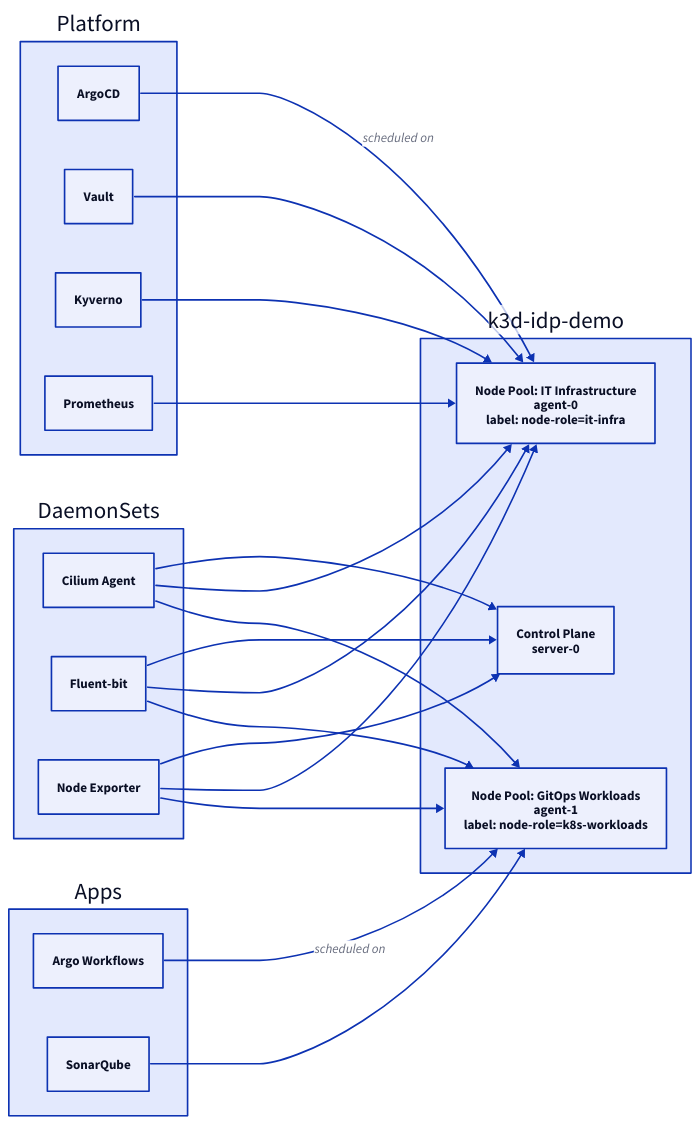
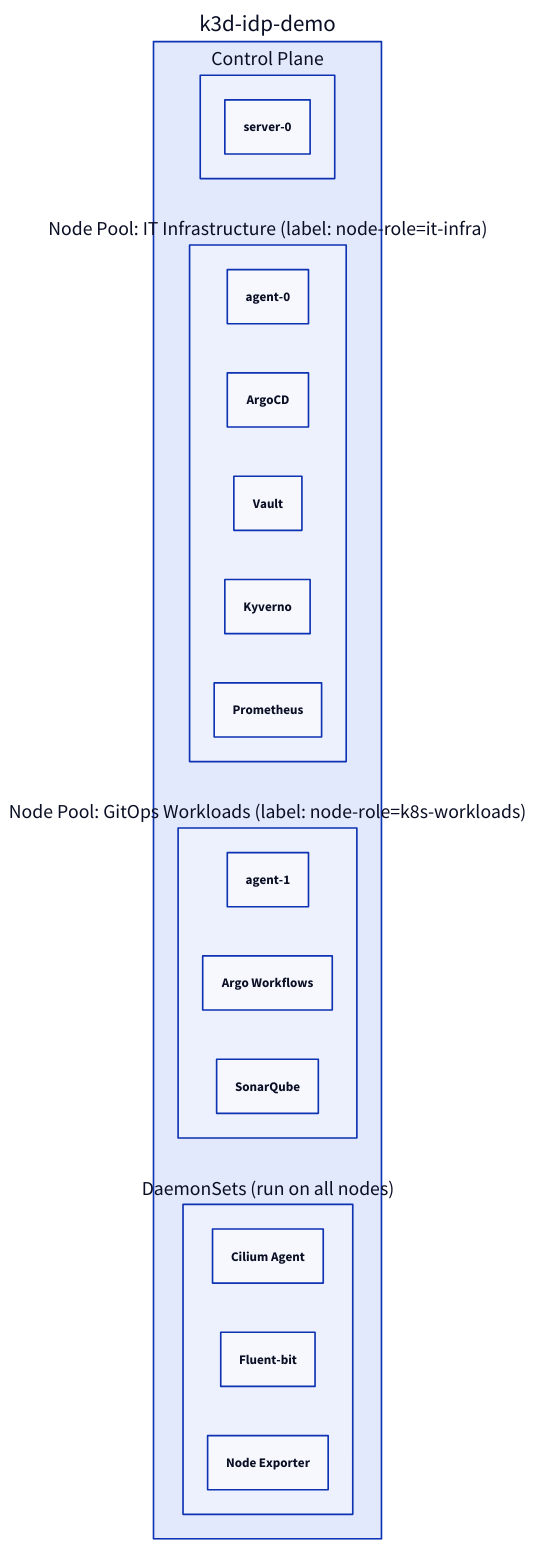
One commit to rou-cru/idp-blueprint changed the diagram in Docs/concepts/scheduling-nodepools.md. Above: the diagram before and after it, drawn with D2. The commit also changed 36 other files, not shown here.

````diff
--- a/Docs/concepts/scheduling-nodepools.md
+++ b/Docs/concepts/scheduling-nodepools.md
@@ -14,44 +14,35 @@
 ```d2
 direction: right
 
 Cluster: {
   label: "k3d-idp-demo"
-  CP: "Control Plane\nserver-0"
-  INFRA: "Node Pool: IT Infrastructure\nagent-0\nlabel: node-role=it-infra"
-  WORK: "Node Pool: GitOps Workloads\nagent-1\nlabel: node-role=k8s-workloads"
+
+  ControlPlane: {
+    label: "Control Plane"
+    node: "server-0"
+  }
+
+  InfraPool: {
+    label: "Node Pool: IT Infrastructure (label: node-role=it-infra)"
+    node: "agent-0"
+    ArgoCD
+    Vault
+    Kyverno
+    Prometheus
+  }
+
+  WorkloadPool: {
+    label: "Node Pool: GitOps Workloads (label: node-role=k8s-workloads)"
+    node: "agent-1"
+    ArgoWorkflows: "Argo Workflows"
+    SonarQube
+  }
+
+  DaemonSets: {
+    label: "DaemonSets (run on all nodes)"
+    Cilium: "Cilium Agent"
+    FluentBit: "Fluent-bit"
+    NodeExporter: "Node Exporter"
+  }
 }
-
-Platform: {
-  Argo: ArgoCD
-  Vault: Vault
-  Kyverno: Kyverno
-  Prom: Prometheus
-}
-
-Apps: {
-  Workflows: "Argo Workflows"
-  Sonar: SonarQube
-}
-
-DaemonSets: {
-  Cilium: "Cilium Agent"
-  Fluent: "Fluent-bit"
-  NodeExp: "Node Exporter"
-}
-
-Platform.Argo -> Cluster.INFRA: "scheduled on"
-Platform.Vault -> Cluster.INFRA
-Platform.Kyverno -> Cluster.INFRA
-Platform.Prom -> Cluster.INFRA
-Apps.Workflows -> Cluster.WORK: "scheduled on"
-Apps.Sonar -> Cluster.WORK
-DaemonSets.Cilium -> Cluster.CP
-DaemonSets.Cilium -> Cluster.INFRA
-DaemonSets.Cilium -> Cluster.WORK
-DaemonSets.Fluent -> Cluster.CP
-DaemonSets.Fluent -> Cluster.INFRA
-DaemonSets.Fluent -> Cluster.WORK
-DaemonSets.NodeExp -> Cluster.CP
-DaemonSets.NodeExp -> Cluster.INFRA
-DaemonSets.NodeExp -> Cluster.WORK
 ```
````
